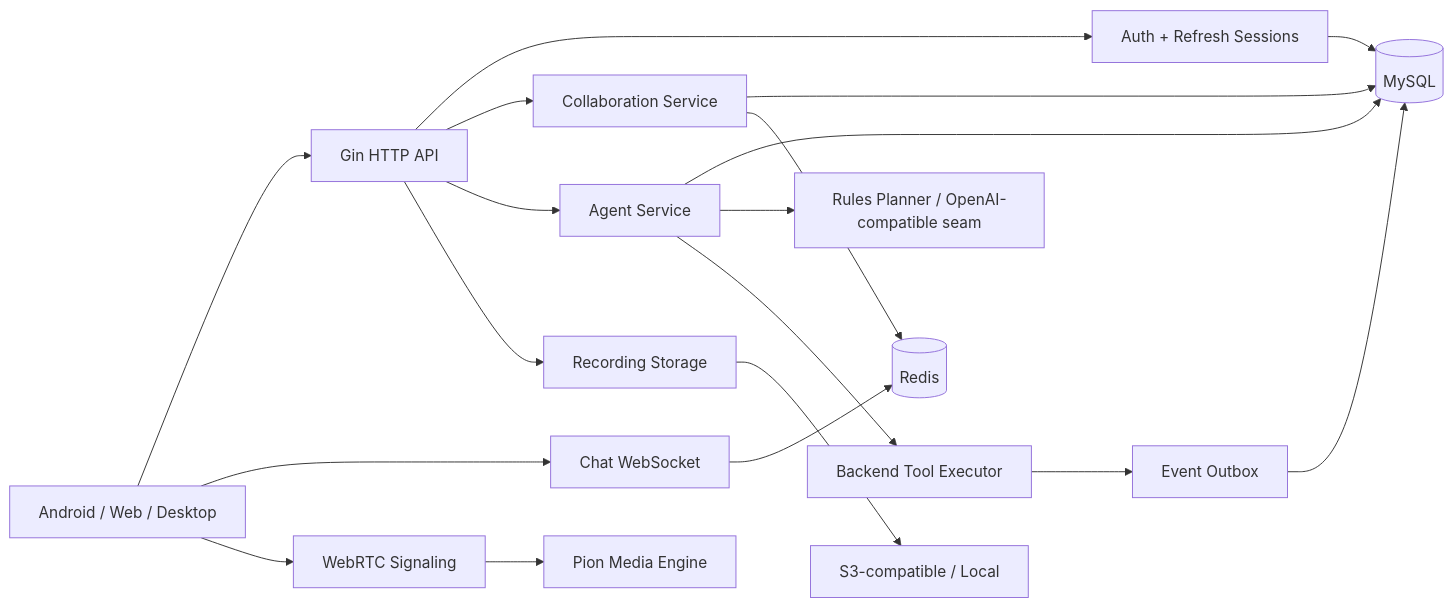
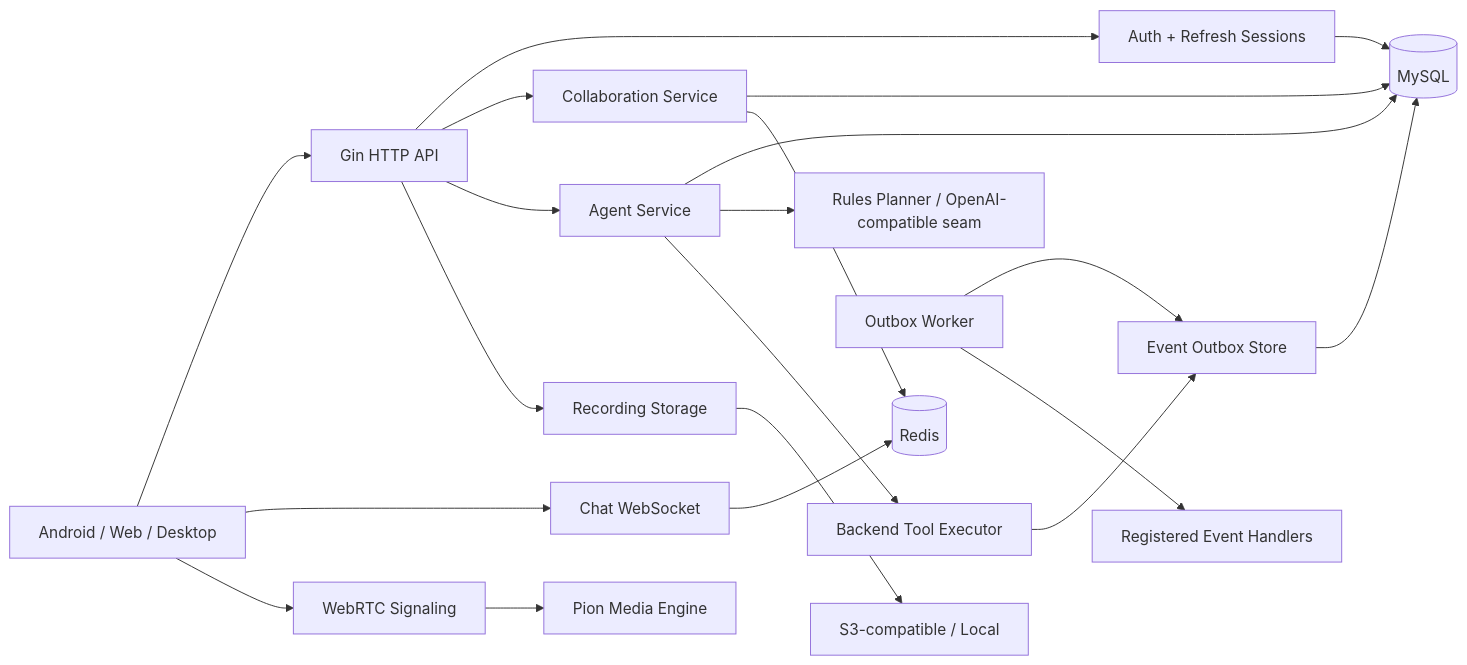
One commit to XianingY/AllCallAll changed the first of 3 diagrams in docs/interview/system-design.md. Above: the diagram before and after it, drawn with Mermaid. The commit also changed other lines of this file and 8 other files, not shown here.

````diff
--- a/docs/interview/system-design.md
+++ b/docs/interview/system-design.md
@@ -11,25 +11,27 @@
 ```mermaid
 flowchart LR
     Client["Android / Web / Desktop"] --> API["Gin HTTP API"]
     Client --> WS["Chat WebSocket"]
     Client --> RTC["WebRTC Signaling"]
 
     API --> Auth["Auth + Refresh Sessions"]
     API --> Collab["Collaboration Service"]
     API --> Agent["Agent Service"]
     API --> Storage["Recording Storage"]
 
     Collab --> MySQL[("MySQL")]
     Auth --> MySQL
     Agent --> MySQL
     Storage --> S3["S3-compatible / Local"]
 
     Collab --> Redis[("Redis")]
     WS --> Redis
     RTC --> Media["Pion Media Engine"]
 
     Agent --> Planner["Rules Planner / OpenAI-compatible seam"]
     Agent --> Tools["Backend Tool Executor"]
-    Tools --> Outbox["Event Outbox"]
+    Tools --> Outbox["Event Outbox Store"]
     Outbox --> MySQL
+    Worker["Outbox Worker"] --> Outbox
+    Worker --> Handlers["Registered Event Handlers"]
 ```
````
